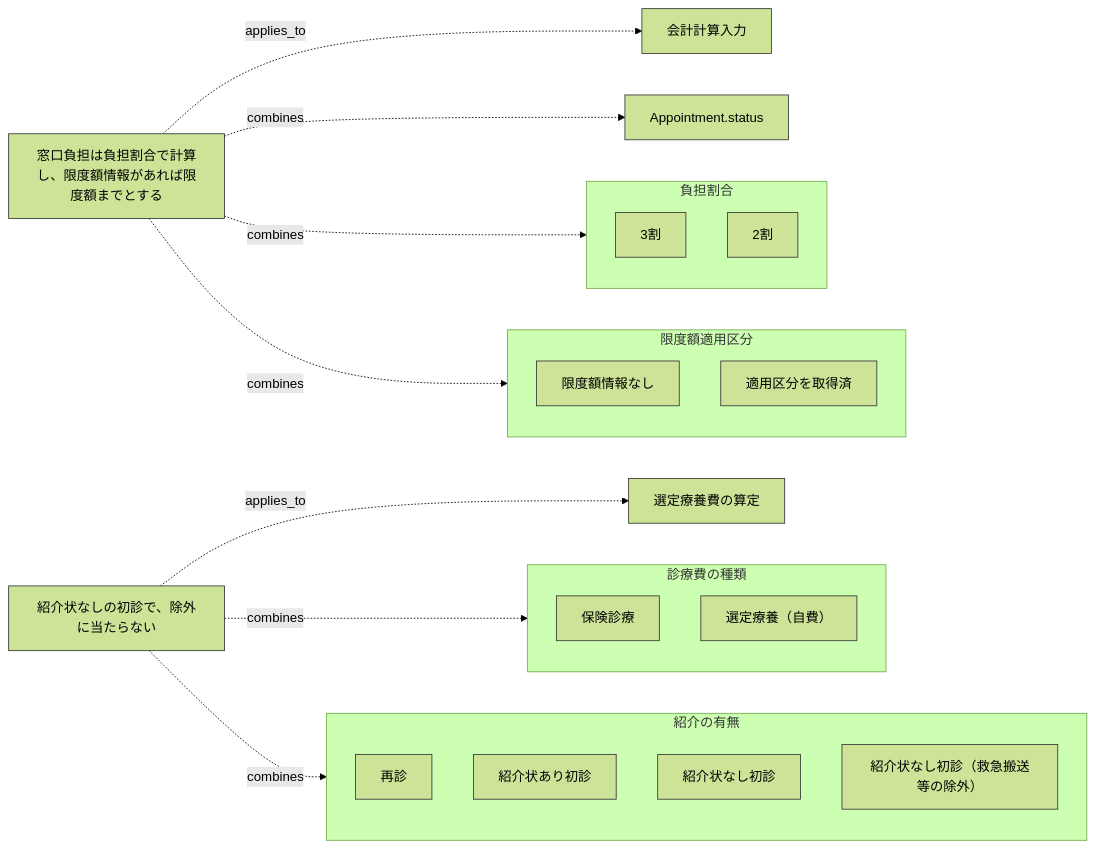
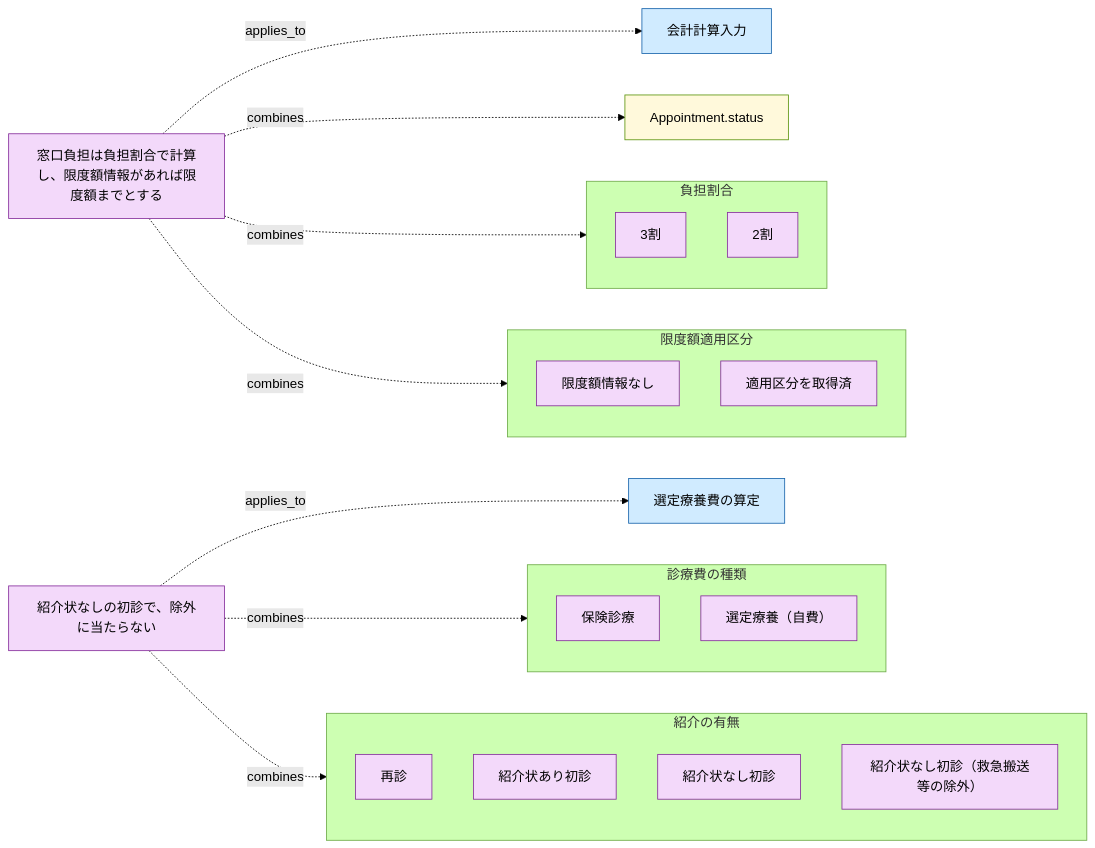
Before and after one commit to manji-0/rdra-ish-dsl: the seventh of 11 diagrams in docs/diagram-sample-review.md, drawn with Mermaid (forest theme). The commit also changed other lines of this file and 76 other files, not shown here.

First line of the commit message:
feat(cli): colour each RDRA element family in the flowchart diagrams

````diff
--- a/docs/diagram-sample-review.md
+++ b/docs/diagram-sample-review.md
@@ -475,44 +475,44 @@
 ```mermaid
 %% rdra-ish diagram=condition scope=buc:BucVisitPayment model=samples/clinic-ops
 %% kinds: condition statemodel variation value usecase
 %% omitted: (none)
 flowchart LR
   condition__CopayCappedAtLimit["窓口負担は負担割合で計算し、限度額情報があれば限度額までとする"]:::condition
   condition__UnreferredFirstVisit["紹介状なしの初診で、除外に当たらない"]:::condition
   %% holds condition__UnreferredFirstVisit: Charge.kind == selectedtreatment, Appointment.referral == unreferred
   statemodel__Appointment_status["Appointment.status"]:::statemodel
   subgraph variation__BurdenRatio["負担割合"]
     variation__BurdenRatio__thirty["3割"]:::value
     variation__BurdenRatio__twenty["2割"]:::value
   end
   subgraph variation__ChargeKind["診療費の種類"]
     variation__ChargeKind__insured["保険診療"]:::value
     variation__ChargeKind__selectedtreatment["選定療養（自費）"]:::value
   end
   subgraph variation__LimitCategory["限度額適用区分"]
     variation__LimitCategory__notobtained["限度額情報なし"]:::value
     variation__LimitCategory__obtained["適用区分を取得済"]:::value
   end
   subgraph variation__ReferralCategory["紹介の有無"]
     variation__ReferralCategory__revisit["再診"]:::value
     variation__ReferralCategory__referred["紹介状あり初診"]:::value
     variation__ReferralCategory__unreferred["紹介状なし初診"]:::value
     variation__ReferralCategory__exempt["紹介状なし初診（救急搬送等の除外）"]:::value
   end
   usecase__ApplySelectedTreatmentFee["選定療養費の算定"]:::usecase
   usecase__CalculateVisitBill["会計計算入力"]:::usecase
   condition__CopayCappedAtLimit -.->|applies_to| usecase__CalculateVisitBill
   condition__CopayCappedAtLimit -.->|combines| statemodel__Appointment_status
   condition__CopayCappedAtLimit -.->|combines| variation__BurdenRatio
   condition__CopayCappedAtLimit -.->|combines| variation__LimitCategory
   condition__UnreferredFirstVisit -.->|applies_to| usecase__ApplySelectedTreatmentFee
   condition__UnreferredFirstVisit -.->|combines| variation__ChargeKind
   %% derived condition__UnreferredFirstVisit -> variation__ChargeKind from holds
   condition__UnreferredFirstVisit -.->|combines| variation__ReferralCategory
   %% derived condition__UnreferredFirstVisit -> variation__ReferralCategory from holds
-  classDef condition stroke:#333;
-  classDef statemodel stroke:#333;
-  classDef variation stroke:#333;
-  classDef value stroke:#333;
-  classDef usecase stroke:#333;
+  classDef condition fill:#f3d9fa,stroke:#862e9c,color:#000;
+  classDef statemodel fill:#fff9db,stroke:#5c940d,color:#000;
+  classDef variation fill:#f3d9fa,stroke:#862e9c,color:#000;
+  classDef value fill:#f3d9fa,stroke:#862e9c,color:#000;
+  classDef usecase fill:#d0ebff,stroke:#1864ab,color:#000;
 ```
````
